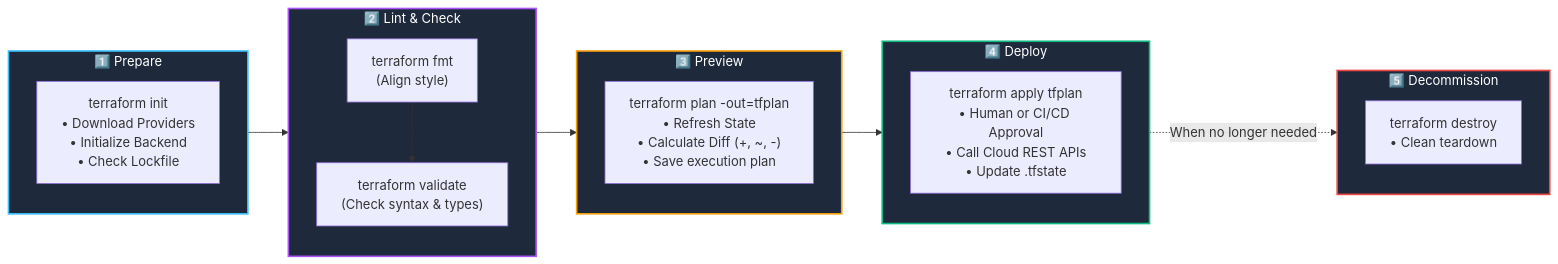
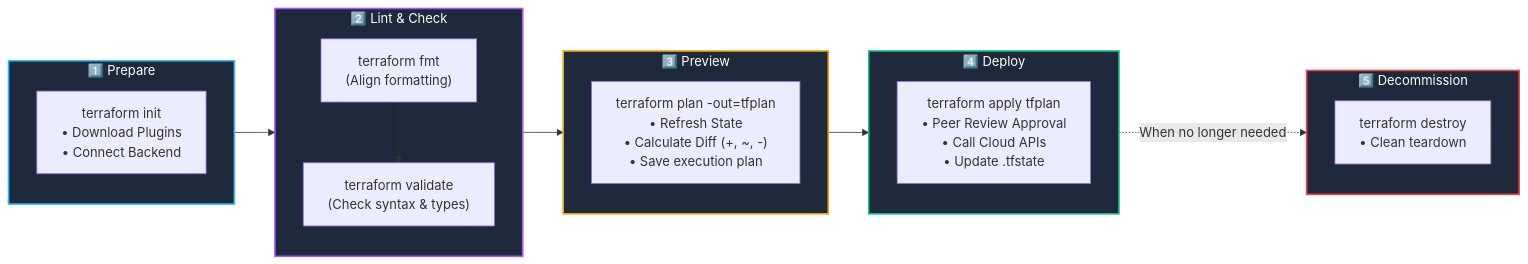
One commit to agravi987/Learning-Terraform-For-DevOps changed the diagram in 07-terraform-workflow/README.md. Above: the diagram before and after it, drawn with Mermaid. The commit also changed other lines of this file and 18 other files, not shown here.

````diff
--- a/07-terraform-workflow/README.md
+++ b/07-terraform-workflow/README.md
@@ -23,35 +27,35 @@
 ```mermaid
 flowchart LR
     subgraph Step1 ["1️⃣ Prepare"]
-        INIT["terraform init\n• Download Providers\n• Initialize Backend\n• Check Lockfile"]
+        INIT["terraform init\n• Download Plugins\n• Connect Backend"]
     end
 
     subgraph Step2 ["2️⃣ Lint & Check"]
-        FMT["terraform fmt\n(Align style)"]
+        FMT["terraform fmt\n(Align formatting)"]
         VAL["terraform validate\n(Check syntax & types)"]
     end
 
     subgraph Step3 ["3️⃣ Preview"]
         PLAN["terraform plan -out=tfplan\n• Refresh State\n• Calculate Diff (+, ~, -)\n• Save execution plan"]
     end
 
     subgraph Step4 ["4️⃣ Deploy"]
-        APPLY["terraform apply tfplan\n• Human or CI/CD Approval\n• Call Cloud REST APIs\n• Update .tfstate"]
+        APPLY["terraform apply tfplan\n• Peer Review Approval\n• Call Cloud APIs\n• Update .tfstate"]
     end
 
     subgraph Step5 ["5️⃣ Decommission"]
         DESTROY["terraform destroy\n• Clean teardown"]
     end
 
     Step1 --> Step2
     FMT --> VAL
     Step2 --> Step3
     Step3 --> Step4
     Step4 -.->|When no longer needed| Step5
 
     style Step1 fill:#1e293b,stroke:#38bdf8,stroke-width:2px,color:#fff
     style Step2 fill:#1e293b,stroke:#a855f7,stroke-width:2px,color:#fff
     style Step3 fill:#1e293b,stroke:#f59e0b,stroke-width:2px,color:#fff
     style Step4 fill:#1e293b,stroke:#10b981,stroke-width:2px,color:#fff
     style Step5 fill:#1e293b,stroke:#ef4444,stroke-width:2px,color:#fff
 ```
````
